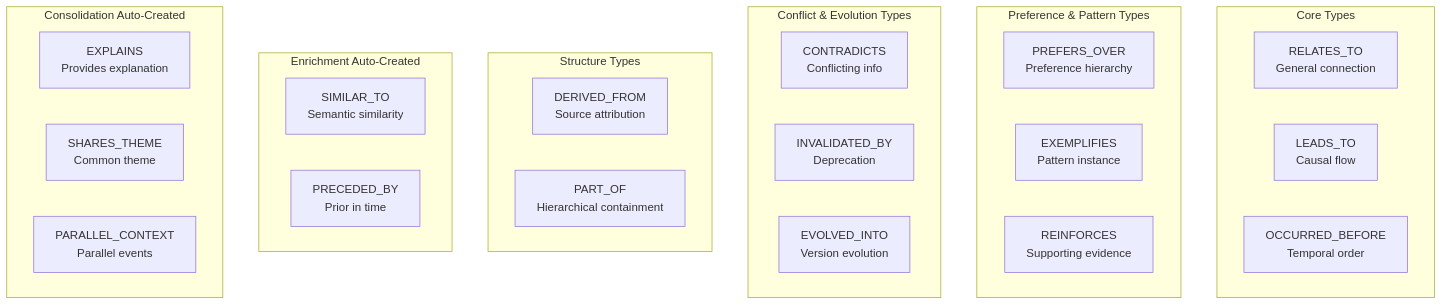
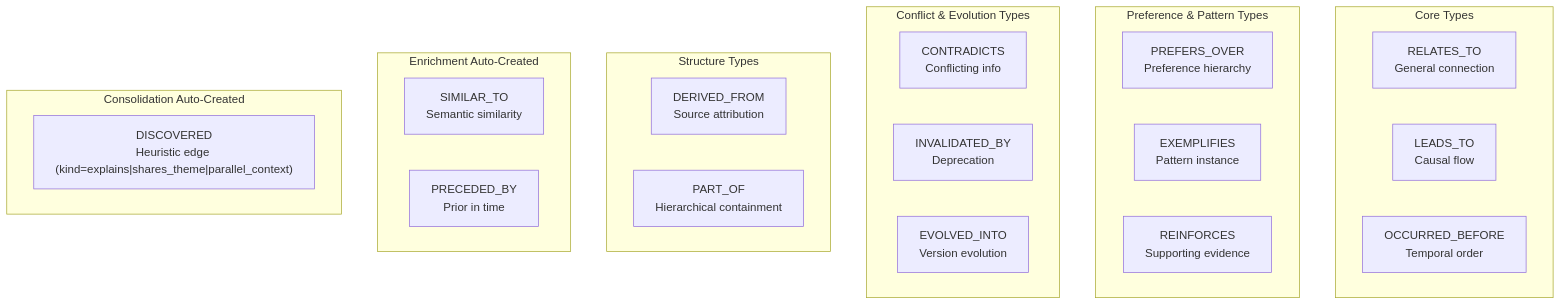
Before and after one commit to verygoodplugins/automem-website: the second of 4 diagrams in src/content/docs/docs/core-concepts/relationship-types.md, drawn with Mermaid. The commit also changed other lines of this file and 14 other files, not shown here.

````diff
--- a/src/content/docs/docs/core-concepts/relationship-types.md
+++ b/src/content/docs/docs/core-concepts/relationship-types.md
@@ -124,36 +122,34 @@
 ```mermaid
 graph TB
     subgraph "Core Types"
         RELATES["RELATES_TO<br/>General connection"]
         LEADS["LEADS_TO<br/>Causal flow"]
         BEFORE["OCCURRED_BEFORE<br/>Temporal order"]
     end
 
     subgraph "Preference & Pattern Types"
         PREFERS["PREFERS_OVER<br/>Preference hierarchy"]
         EXEMPLIFIES["EXEMPLIFIES<br/>Pattern instance"]
         REINFORCES["REINFORCES<br/>Supporting evidence"]
     end
 
     subgraph "Conflict & Evolution Types"
         CONTRADICTS["CONTRADICTS<br/>Conflicting info"]
         INVALIDATED["INVALIDATED_BY<br/>Deprecation"]
         EVOLVED["EVOLVED_INTO<br/>Version evolution"]
     end
 
     subgraph "Structure Types"
         DERIVED["DERIVED_FROM<br/>Source attribution"]
         PART["PART_OF<br/>Hierarchical containment"]
     end
 
     subgraph "Enrichment Auto-Created"
         SIMILAR["SIMILAR_TO<br/>Semantic similarity"]
         PRECEDED["PRECEDED_BY<br/>Prior in time"]
     end
 
     subgraph "Consolidation Auto-Created"
-        EXPLAINS["EXPLAINS<br/>Provides explanation"]
-        THEME["SHARES_THEME<br/>Common theme"]
-        PARALLEL["PARALLEL_CONTEXT<br/>Parallel events"]
+        DISCOVERED["DISCOVERED<br/>Heuristic edge (kind=explains|shares_theme|parallel_context)"]
     end
 ```
````
